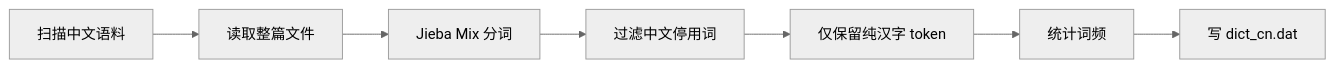
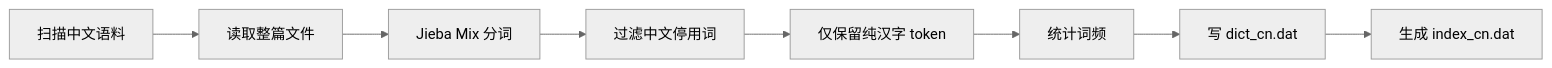
Before and after one commit to dijk4tra/Cpp_Advanced: the third of 11 diagrams in 课件/07_搜索引擎项目/03_SearchEngine_V3/README.md, drawn with Mermaid (neutral theme). The commit also changed other lines of this file and 80 other files, not shown here.

````diff
--- a/课件/07_搜索引擎项目/03_SearchEngine_V3/README.md
+++ b/课件/07_搜索引擎项目/03_SearchEngine_V3/README.md
@@ -333,9 +420,10 @@
 ```mermaid
 flowchart LR
     A[扫描中文语料] --> B[读取整篇文件]
     B --> C[Jieba Mix 分词]
     C --> D[过滤中文停用词]
     D --> E[仅保留纯汉字 token]
     E --> F[统计词频]
     F --> G[写 dict_cn.dat]
+    G --> H[生成 index_cn.dat]
 ```
````
